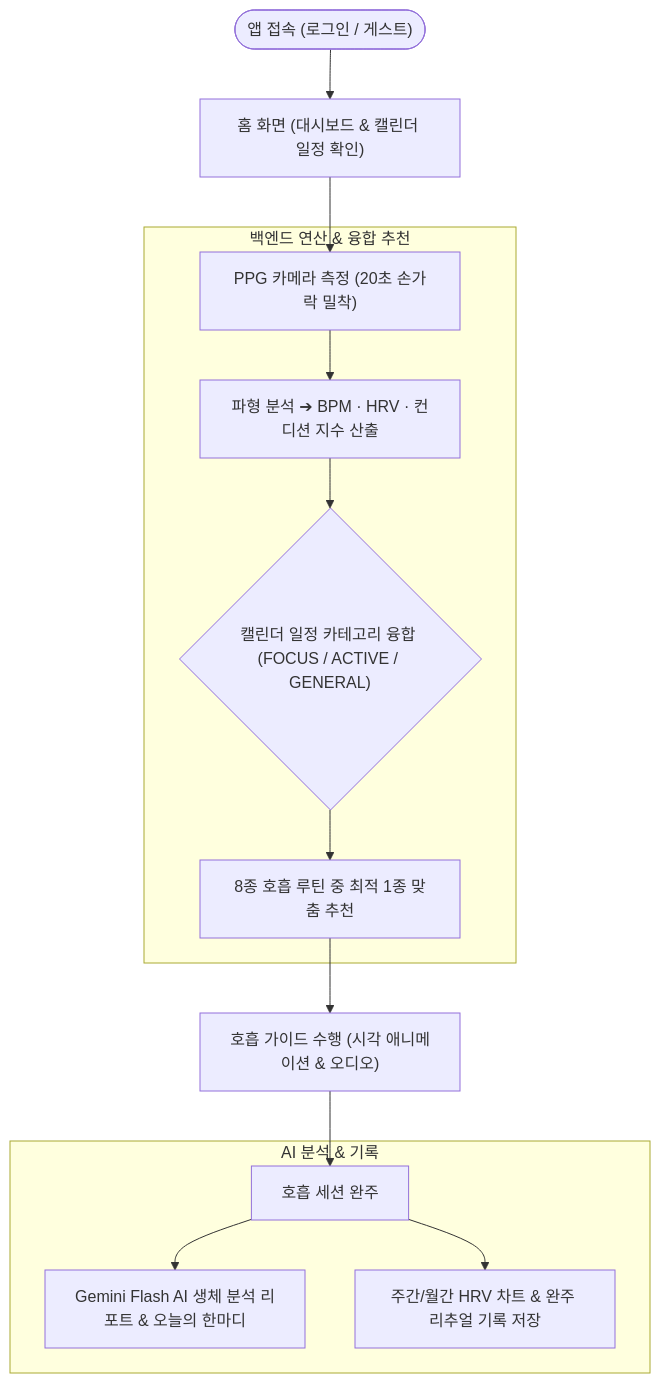
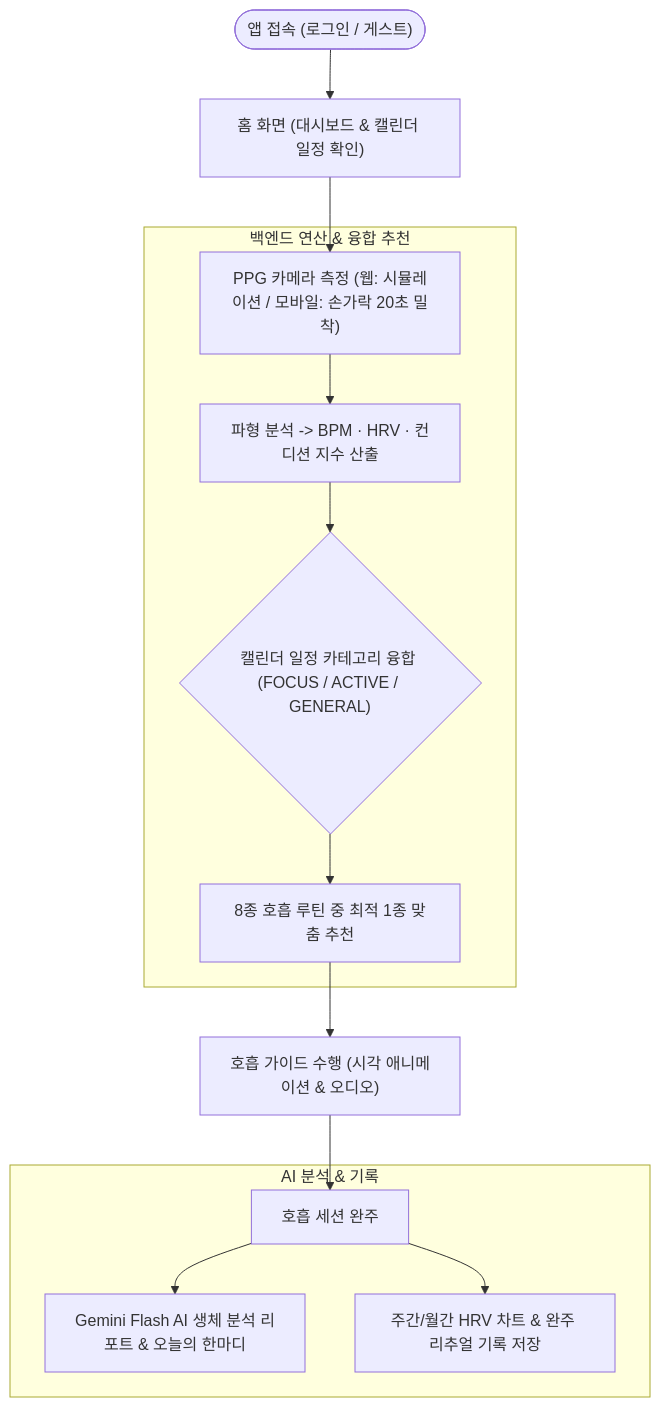
One commit to yelimk/bpace changed the second of 2 diagrams in README.md. Above: the diagram before and after it, drawn with Mermaid. The commit also changed other lines of this file, not shown here.

````diff
--- a/README.md
+++ b/README.md
@@ -142,19 +144,19 @@
 ```mermaid
 flowchart TD
     Start(["앱 접속 (로그인 / 게스트)"]) --> Home["홈 화면 (대시보드 & 캘린더 일정 확인)"]
-    Home --> Measure["PPG 카메라 측정 (20초 손가락 밀착)"]
+    Home --> Measure["PPG 카메라 측정 (웹: 시뮬레이션 / 모바일: 손가락 20초 밀착)"]
     
     subgraph Engine ["백엔드 연산 & 융합 추천"]
-        Measure --> Calc["파형 분석 ➔ BPM · HRV · 컨디션 지수 산출"]
+        Measure --> Calc["파형 분석 -> BPM · HRV · 컨디션 지수 산출"]
         Calc --> Matrix{"캘린더 일정 카테고리 융합 (FOCUS / ACTIVE / GENERAL)"}
         Matrix --> Rec["8종 호흡 루틴 중 최적 1종 맞춤 추천"]
     end
     
     Rec --> Guide["호흡 가이드 수행 (시각 애니메이션 & 오디오)"]
     Guide --> Complete["호흡 세션 완주"]
     
     subgraph Feedback ["AI 분석 & 기록"]
         Complete --> AIReport["Gemini Flash AI 생체 분석 리포트 & 오늘의 한마디"]
         Complete --> SaveLog["주간/월간 HRV 차트 & 완주 리추얼 기록 저장"]
     end
 ```
````
